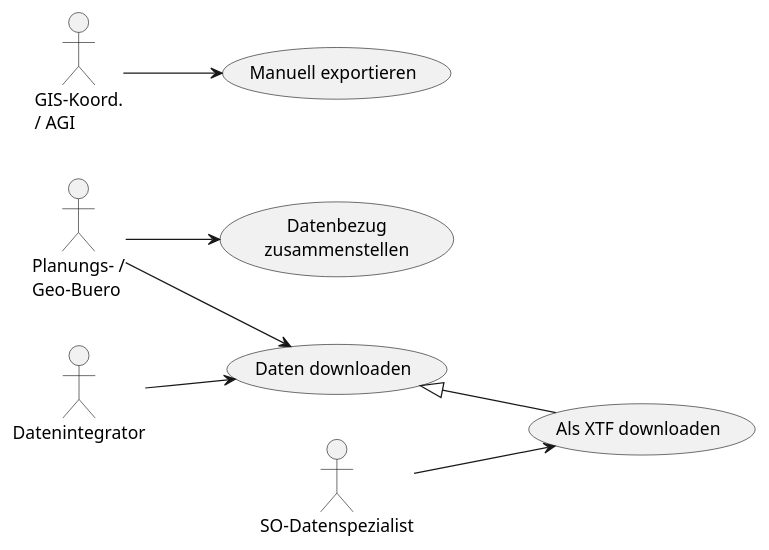
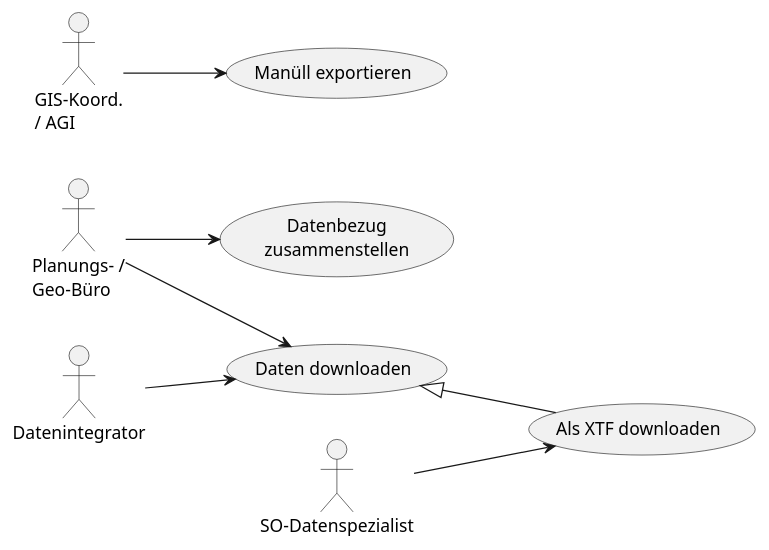
One commit to simi-so/mm changed the diagram in puml/src/uc_datenbezug.puml. Above: the diagram before and after it, drawn with PlantUML. The commit also changed 6 other files, not shown here.

```diff
--- a/puml/src/uc_datenbezug.puml
+++ b/puml/src/uc_datenbezug.puml
@@ -1,22 +1,22 @@
 @startuml
 left to right direction
 
-:Planungs- /\nGeo-Buero: as buero
+:Planungs- /\nGeo-Büro: as büro
 :Datenintegrator: as int
 :SO-Datenspezialist: as data
 :GIS-Koord.\n/ AGI: as exporter
 
 (Datenbezug\nzusammenstellen) as bundle
 (Daten downloaden) as load
 (Als XTF downloaden) as xtf
-(Manuell exportieren) as manuell
+(Manüll exportieren) as manüll
 
 load <|-- xtf
 
-buero --> bundle
-buero --> load
+büro --> bundle
+büro --> load
 int --> load
 data --> xtf
 
-exporter --> manuell
+exporter --> manüll
 @enduml
```
